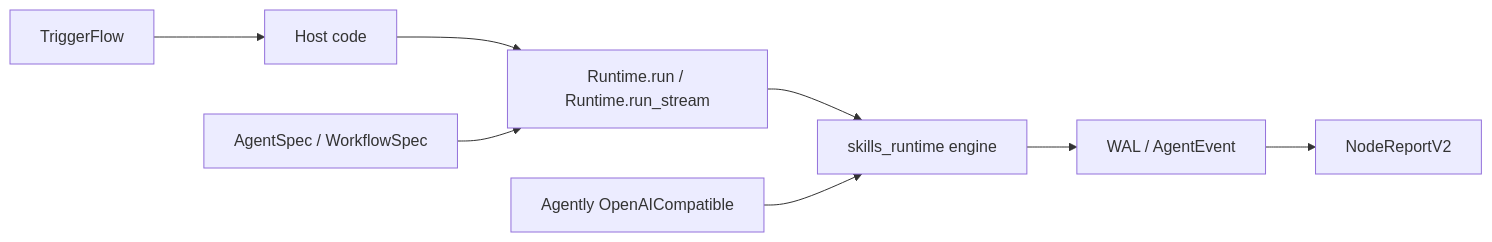
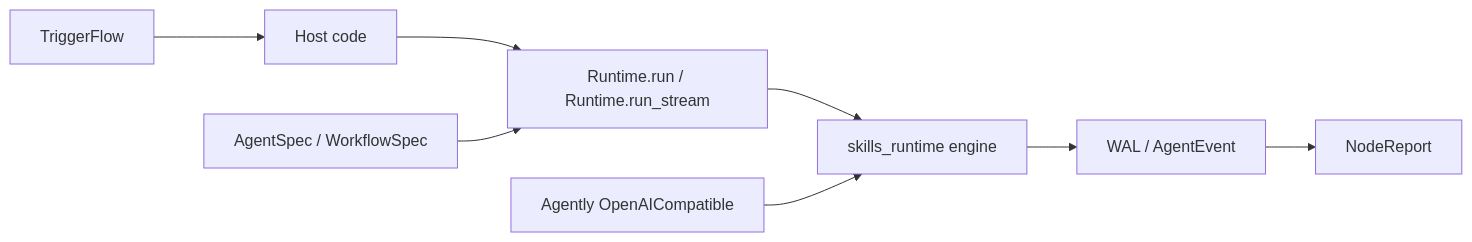
One commit to okwinds/capability-runtime changed the diagram in docs_for_coding_agent/00-mental-model.md. Above: the diagram before and after it, drawn with Mermaid. The commit also changed other lines of this file and 25 other files, not shown here.

First line of the commit message:
docs(examples): 对齐 NodeReport schema v1 + README 心智模型图

````diff
--- a/docs_for_coding_agent/00-mental-model.md
+++ b/docs_for_coding_agent/00-mental-model.md
@@ -21,9 +21,9 @@
 ```mermaid
 flowchart LR
   TF[TriggerFlow] --> APP[Host code]
   APP --> R[Runtime.run / Runtime.run_stream]
   P[AgentSpec / WorkflowSpec] --> R
   R --> SDK[skills_runtime engine]
   AGT[Agently OpenAICompatible] --> SDK
-  SDK --> EVT[WAL / AgentEvent] --> NR[NodeReportV2]
+  SDK --> EVT[WAL / AgentEvent] --> NR[NodeReport]
 ```
````
